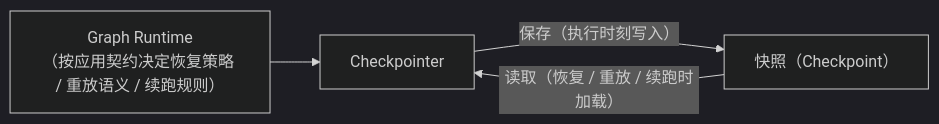
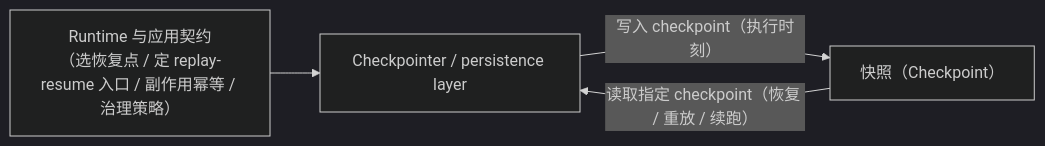
Before and after one commit to AnRun-M/enterprise-ai-agent-handbook: the second of 4 diagrams in docs/03-langgraph-core/ch14-checkpoint.md, drawn with Mermaid (dark theme). The commit also changed other lines of this file and 2 other files, not shown here.

Commit message:
docs: refine checkpoint persistence and memory boundaries

````diff
--- a/docs/03-langgraph-core/ch14-checkpoint.md
+++ b/docs/03-langgraph-core/ch14-checkpoint.md
@@ -59,8 +61,8 @@
 ```mermaid
 flowchart LR
-    CKPT["Checkpointer"]
+    CKPT["Checkpointer / persistence layer"]
     CK["快照（Checkpoint）"] 
-    CKPT -- "保存（执行时刻写入）" --> CK
-    CK -- "读取（恢复 / 重放 / 续跑时加载）" --> CKPT
-    RT["Graph Runtime\n（按应用契约决定恢复策略 / 重放语义 / 续跑规则）"] --> CKPT
+    CKPT -- "写入 checkpoint（执行时刻）" --> CK
+    CK -- "读取指定 checkpoint（恢复 / 重放 / 续跑）" --> CKPT
+    RT["Runtime 与应用契约\n（选恢复点 / 定 replay-resume 入口 / 副作用幂等 / 治理策略）"] --> CKPT
 ```
````
